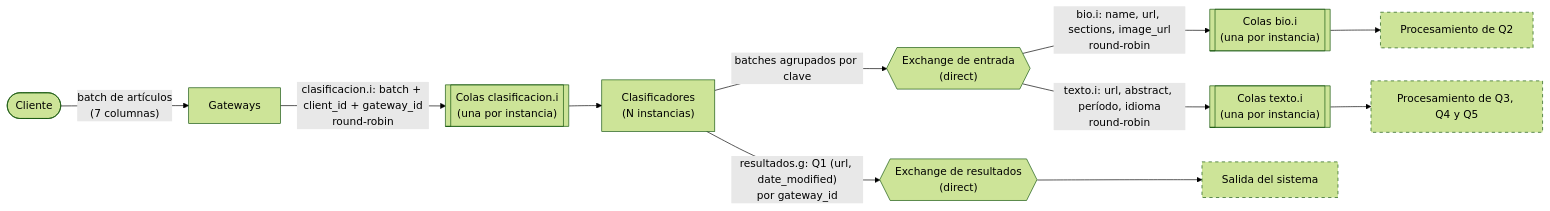
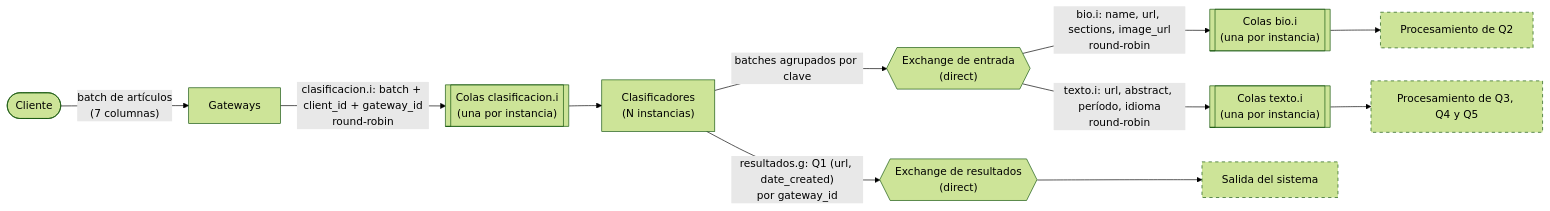
One commit to Cristobal710/tp-final-distribuidos changed the fifth of 14 diagrams in diagramas/README.md. Above: the diagram before and after it, drawn with Mermaid (forest theme). The commit also changed other lines of this file and 2 other files, not shown here.

Commit message:
feat: Agrego diagrama de robustez y c4

````diff
--- a/diagramas/README.md
+++ b/diagramas/README.md
@@ -252,18 +252,18 @@
 ```mermaid
 flowchart LR
     C(["Cliente"]) -- "batch de artículos<br/>(7 columnas)" --> GW["Gateways"]
     GW -- "clasificacion.i: batch + client_id + gateway_id<br/>round-robin" --> QCL[["Colas clasificacion.i<br/>(una por instancia)"]]
     QCL --> CL["Clasificadores<br/>(N instancias)"]
     CL -- "batches agrupados por clave" --> EXE{{"Exchange de entrada<br/>(direct)"}}
-    CL -- "resultados.g: Q1 (url, date_modified)<br/>por gateway_id" --> EXR{{"Exchange de resultados<br/>(direct)"}}
+    CL -- "resultados.g: Q1 (url, date_created)<br/>por gateway_id" --> EXR{{"Exchange de resultados<br/>(direct)"}}
 
     EXE -- "bio.i: name, url, sections, image_url<br/>round-robin" --> QBIO[["Colas bio.i<br/>(una por instancia)"]]
     EXE -- "texto.i: url, abstract, período, idioma<br/>round-robin" --> QTX[["Colas texto.i<br/>(una por instancia)"]]
 
     EXR --> SAL["Salida del sistema"]
     QBIO --> P2["Procesamiento de Q2"]
     QTX --> P345["Procesamiento de Q3, Q4 y Q5"]
 
     classDef resto stroke-dasharray: 5 5
     class SAL,P2,P345 resto
 ```
````
